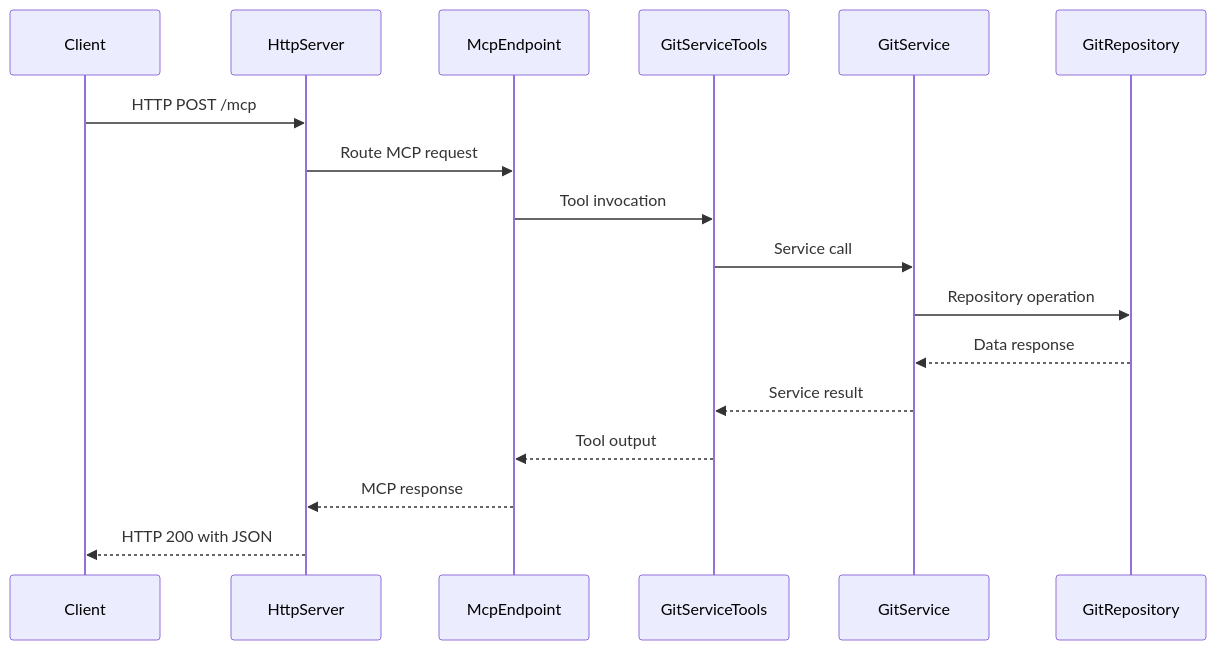
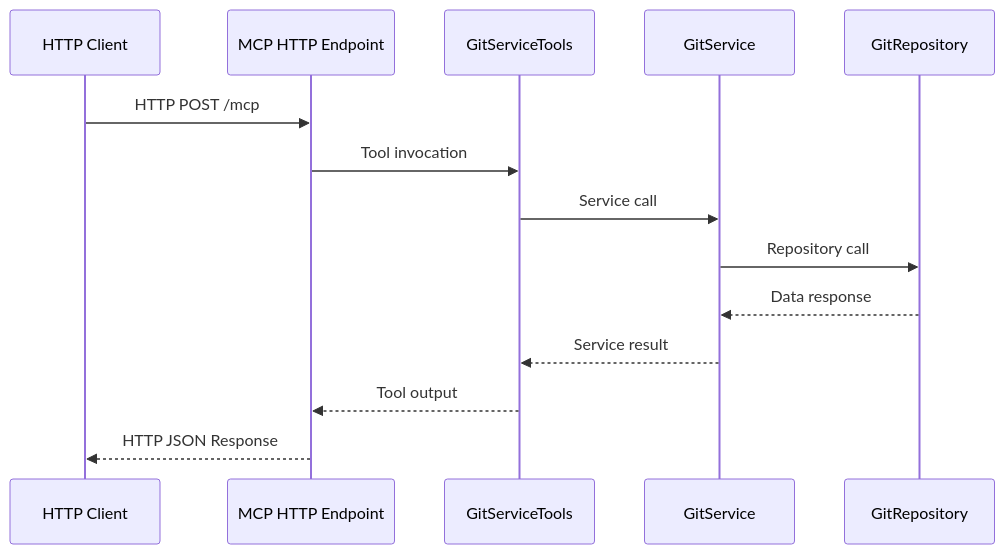
One commit to MCPRUNNER/GitVisionMCP changed the third of 3 diagrams in Documentation/ARCHITECTURE.md. Above: the diagram before and after it, drawn with Mermaid. The commit also changed other lines of this file and 21 other files, not shown here.

````diff
--- a/Documentation/ARCHITECTURE.md
+++ b/Documentation/ARCHITECTURE.md
@@ -159,20 +181,17 @@
 ```mermaid
 sequenceDiagram
-    participant Client
-    participant HttpServer
-    participant McpEndpoint
-    participant GitServiceTools
-    participant GitService
-    participant GitRepository
+    participant Client as HTTP Client
+    participant McpEndpoint as MCP HTTP Endpoint
+    participant GitServiceTools as GitServiceTools
+    participant GitService as GitService
+    participant GitRepository as GitRepository
 
-    Client->>HttpServer: HTTP POST /mcp
-    HttpServer->>McpEndpoint: Route MCP request
+    Client->>McpEndpoint: HTTP POST /mcp
     McpEndpoint->>GitServiceTools: Tool invocation
     GitServiceTools->>GitService: Service call
-    GitService->>GitRepository: Repository operation
+    GitService->>GitRepository: Repository call
     GitRepository-->>GitService: Data response
     GitService-->>GitServiceTools: Service result
     GitServiceTools-->>McpEndpoint: Tool output
-    McpEndpoint-->>HttpServer: MCP response
-    HttpServer-->>Client: HTTP 200 with JSON
+    McpEndpoint-->>Client: HTTP JSON Response
 ```
````
